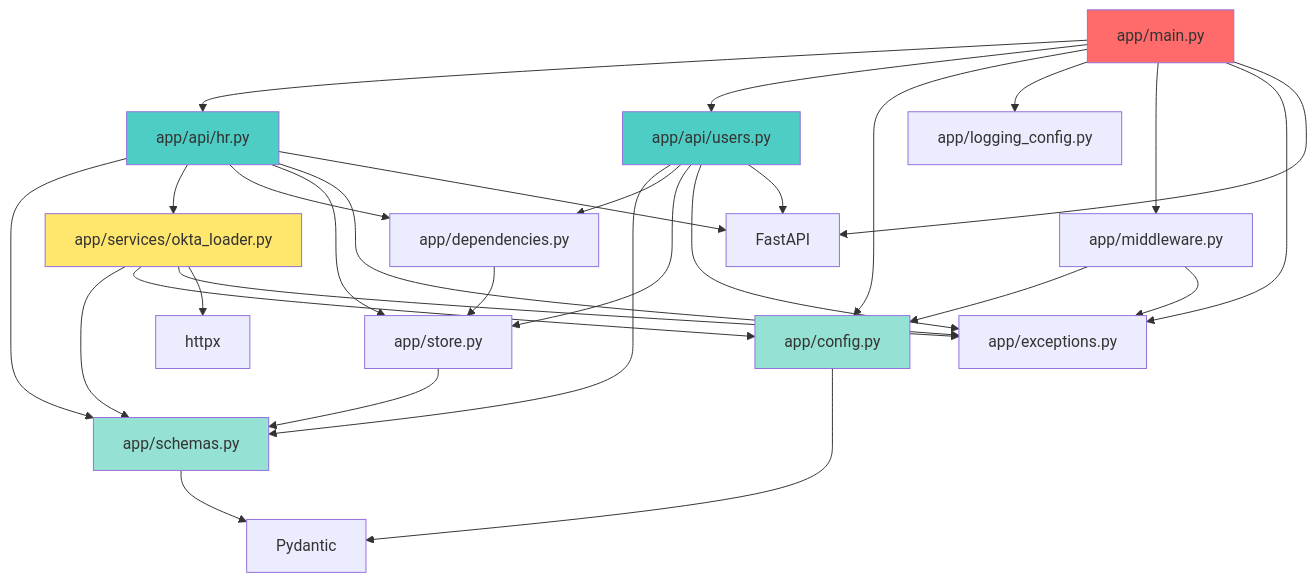
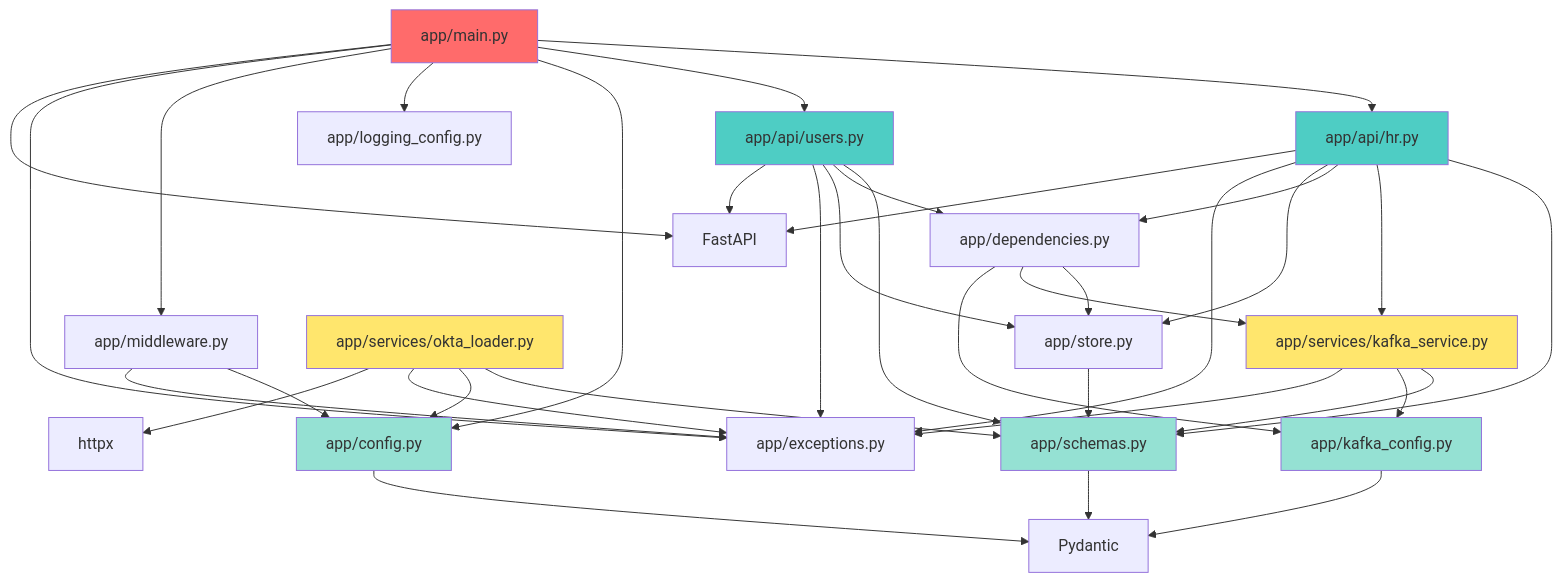
Diagram 15 of 29 in ARCHITECTURE_DIAGRAM.md (temesgen22/user_onbording), drawn with Mermaid before and after one commit. The commit also changed other lines of this file and 10 other files, not shown here.

````diff
--- a/ARCHITECTURE_DIAGRAM.md
+++ b/ARCHITECTURE_DIAGRAM.md
@@ -810,6 +844,8 @@
     
     %% Services
     okta[app/services/okta_loader.py]
+    kafka_service[app/services/kafka_service.py]
+    kafka_config[app/kafka_config.py]
     
     %% External dependencies
     fastapi[FastAPI]
@@ -826,7 +862,7 @@
     
     %% API imports
     hr --> schemas
-    hr --> okta
+    hr --> kafka_service
     hr --> deps
     hr --> store
     hr --> exceptions
@@ -842,13 +878,20 @@
     okta --> exceptions
     okta --> httpx
     
+    kafka_service --> schemas
+    kafka_service --> kafka_config
+    kafka_service --> exceptions
+    
     %% Core imports
     deps --> store
+    deps --> kafka_service
+    deps --> kafka_config
     store --> schemas
     middleware --> config
     middleware --> exceptions
     schemas --> pydantic
     config --> pydantic
+    kafka_config --> pydantic
     
     %% Main uses FastAPI
     main --> fastapi
@@ -859,6 +902,8 @@
     style hr fill:#4ecdc4
     style users fill:#4ecdc4
     style okta fill:#ffe66d
+    style kafka_service fill:#ffe66d
+    style kafka_config fill:#95e1d3
     style config fill:#95e1d3
     style schemas fill:#95e1d3
 ```
````
